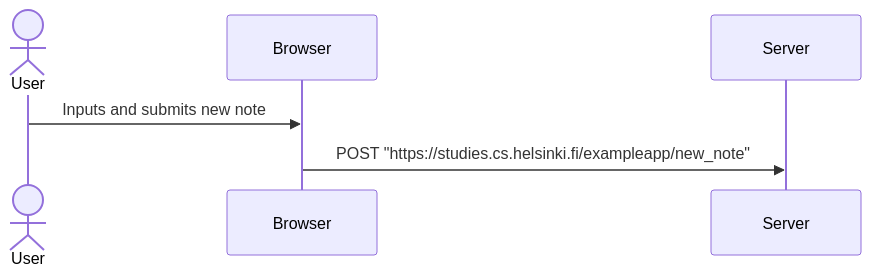
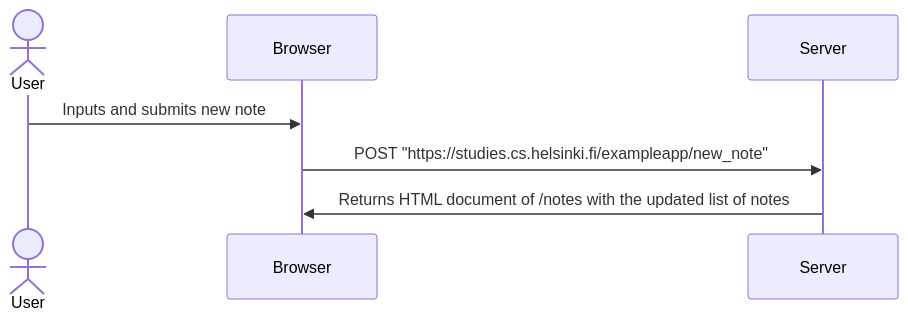
One commit to duanematyu/full-stack-open changed the diagram in new-note.md. Above: the diagram before and after it, drawn with Mermaid.

````diff
--- a/new-note.md
+++ b/new-note.md
@@ -1,9 +1,10 @@
 ```mermaid
 sequenceDiagram
     Actor User
     participant Browser
     participant Server
 
     User->>Browser: Inputs and submits new note
     Browser->>Server: POST "https://studies.cs.helsinki.fi/exampleapp/new_note"
+    Server->>Browser: Returns HTML document of /notes with the updated list of notes
 ```
````
